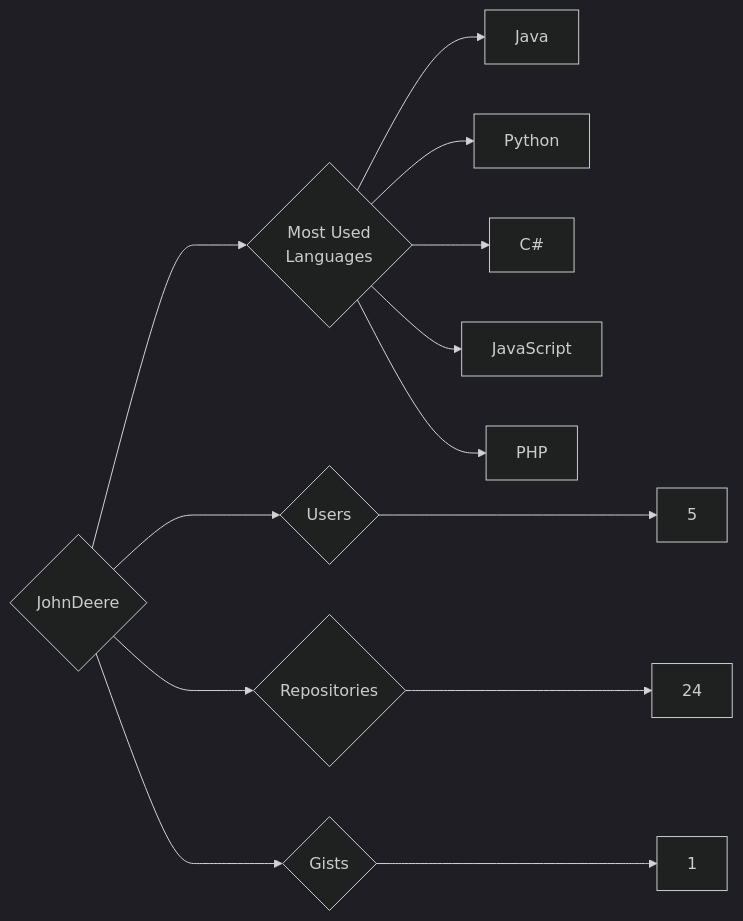
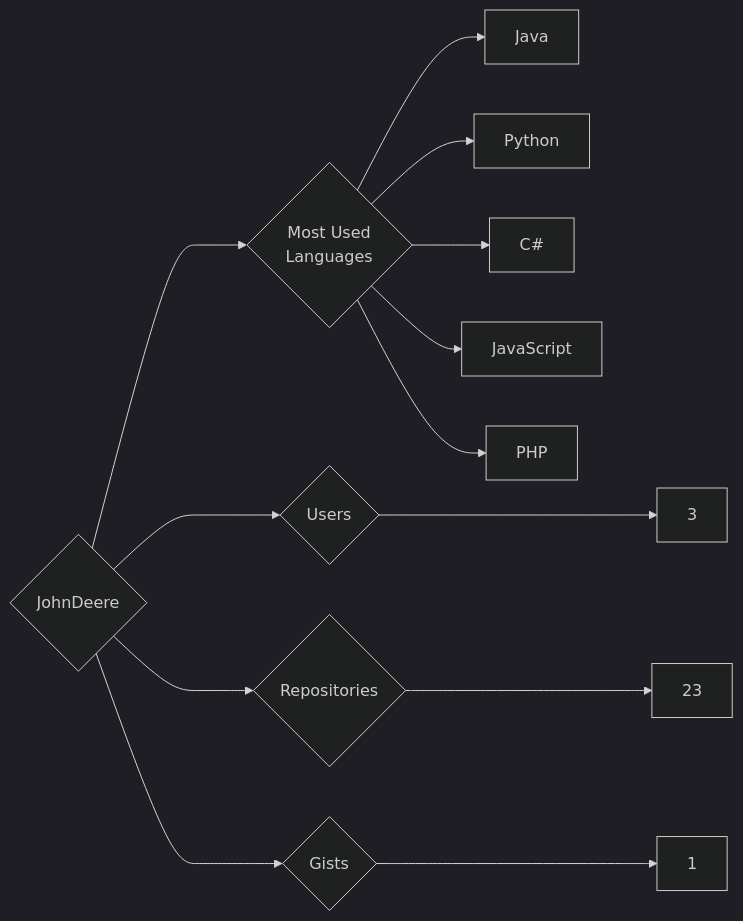
One commit to trickest/insiders changed the diagram in targets/JohnDeere/README.md. Above: the diagram before and after it, drawn with Mermaid (dark theme). The commit also changed 633 other files, not shown here.

````diff
--- a/targets/JohnDeere/README.md
+++ b/targets/JohnDeere/README.md
@@ -3,13 +3,13 @@
 ```mermaid
 graph LR
 COMPANY_NAME{JohnDeere}
-COMPANY_NAME ---> U{Users} ---> UN[5]
-COMPANY_NAME ---> R{Repositories} ---> RN[24]
+COMPANY_NAME ---> U{Users} ---> UN[3]
+COMPANY_NAME ---> R{Repositories} ---> RN[23]
 COMPANY_NAME ---> G{Gists} ---> GN[1]
 COMPANY_NAME ---> ML{Most Used<br>Languages}
 ML --> Java[Java]
 ML --> Python[Python]
 ML --> C#[C#]
 ML --> JavaScript[JavaScript]
 ML --> PHP[PHP]
 ```
````
